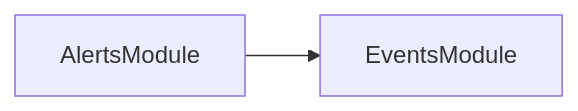
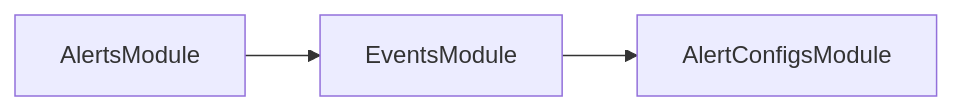
Before and after one commit to rodekruis/IBF: the diagram in services/api-service/module-dependencies.md, drawn with Mermaid. The commit also changed 12 other files, not shown here.

````diff
--- a/services/api-service/module-dependencies.md
+++ b/services/api-service/module-dependencies.md
@@ -3,4 +3,5 @@
 ```mermaid
 graph LR
   AlertsModule-->EventsModule
+  EventsModule-->AlertConfigsModule
 ```
````
